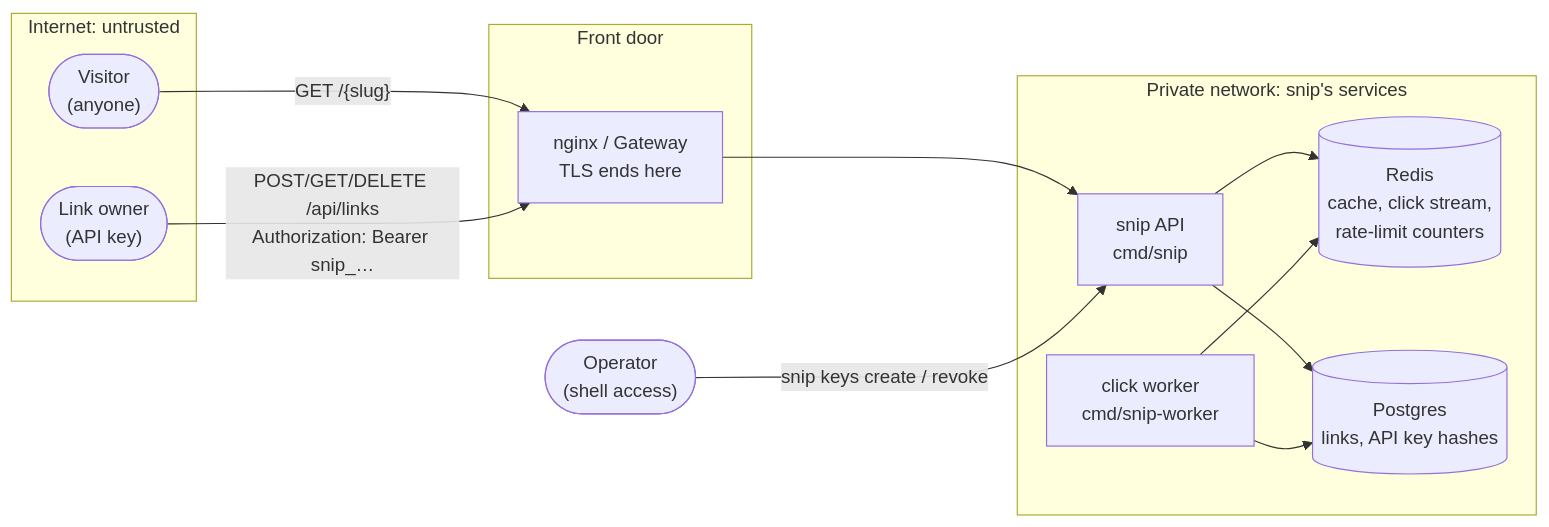
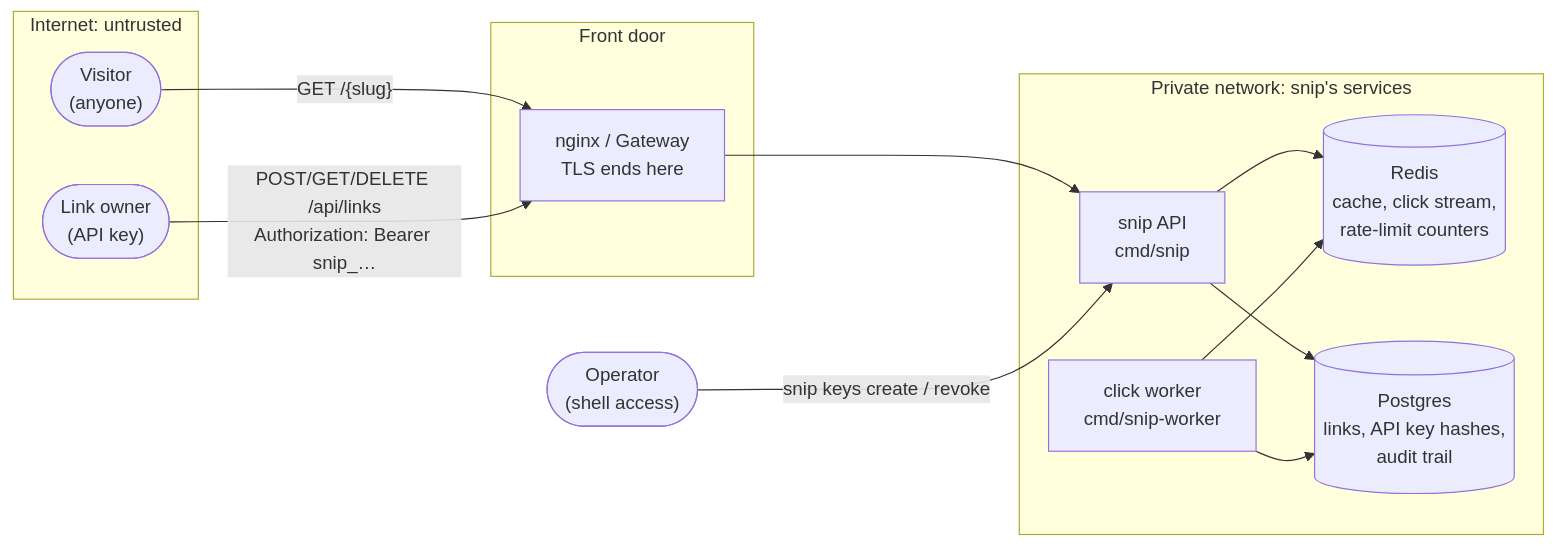
The diagram in snip/docs/threat-model.md (jawwadzafar/zero-to-prod), drawn with Mermaid before and after one commit. The commit also changed other lines of this file and 14 other files, not shown here.

````diff
--- a/snip/docs/threat-model.md
+++ b/snip/docs/threat-model.md
@@ -21,27 +21,27 @@
 ```mermaid
 flowchart LR
   visitor(["Visitor<br/>(anyone)"])
   owner(["Link owner<br/>(API key)"])
   admin(["Operator<br/>(shell access)"])
   subgraph internet["Internet: untrusted"]
     visitor
     owner
   end
   subgraph edge["Front door"]
     proxy["nginx / Gateway<br/>TLS ends here"]
   end
   subgraph app["Private network: snip's services"]
     api["snip API<br/>cmd/snip"]
     worker["click worker<br/>cmd/snip-worker"]
     redis[("Redis<br/>cache, click stream,<br/>rate-limit counters")]
-    pg[("Postgres<br/>links, API key hashes")]
+    pg[("Postgres<br/>links, API key hashes,<br/>audit trail")]
   end
   visitor -- "GET /{slug}" --> proxy
   owner -- "POST/GET/DELETE /api/links<br/>Authorization: Bearer snip_…" --> proxy
   proxy --> api
   api --> redis
   api --> pg
   worker --> redis
   worker --> pg
   admin -- "snip keys create / revoke" --> api
 ```
````
